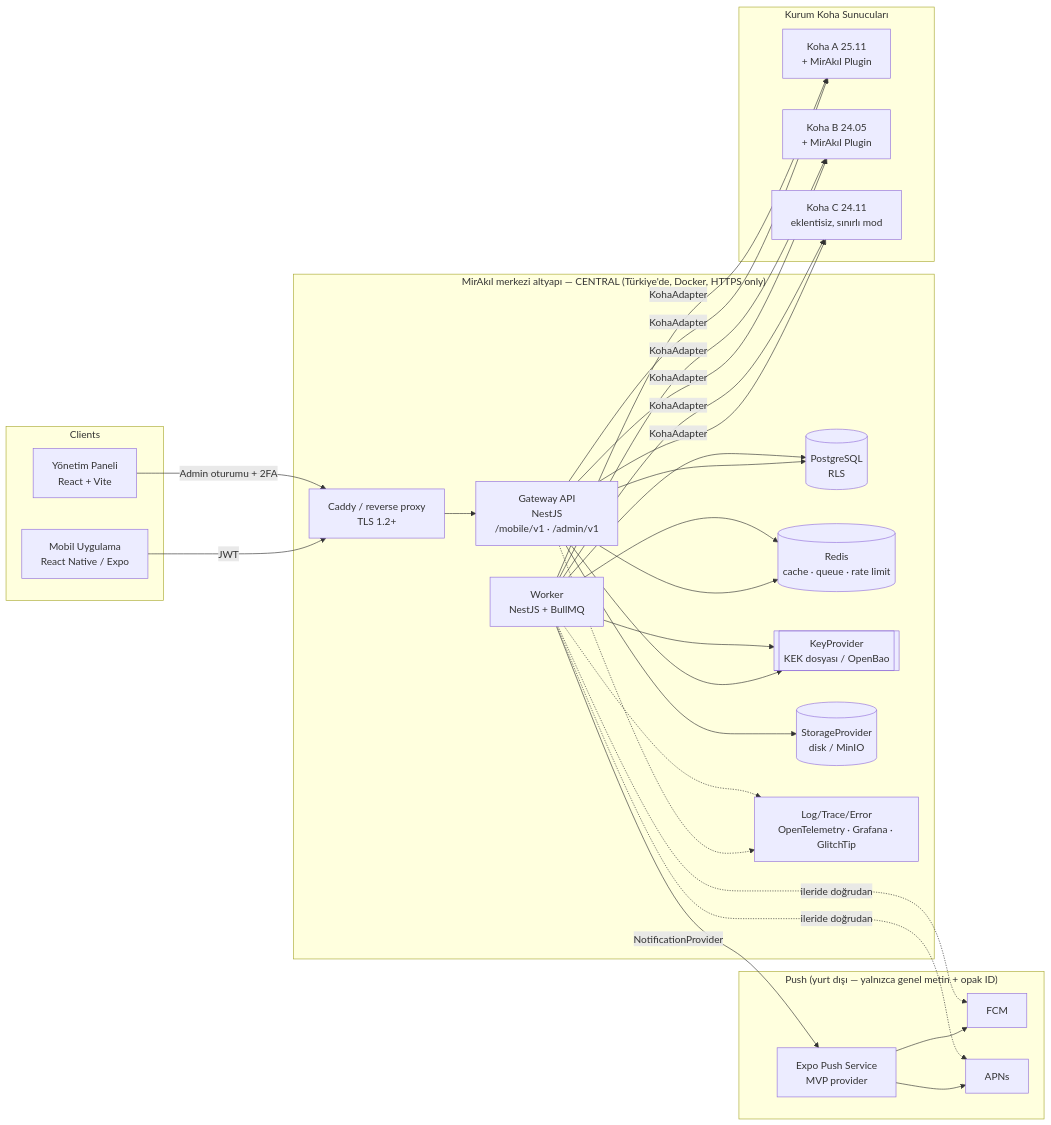
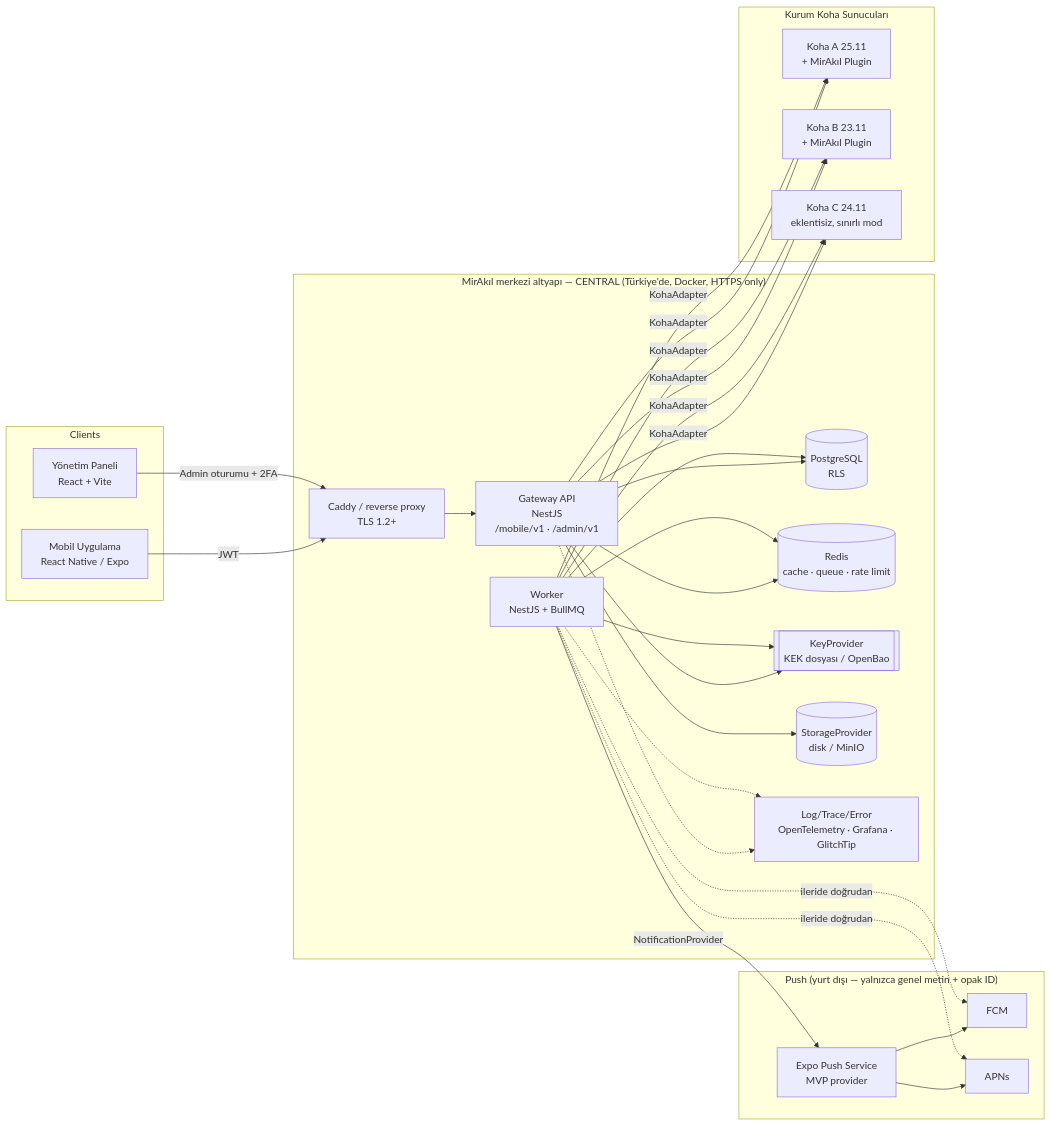
Before and after one commit to mehmetfatruk/kohamobil: the first of 2 diagrams in docs/ARCHITECTURE.md, drawn with Mermaid. The commit also changed other lines of this file and 6 other files, not shown here.

````diff
--- a/docs/ARCHITECTURE.md
+++ b/docs/ARCHITECTURE.md
@@ -97,51 +97,51 @@
 ```mermaid
 flowchart LR
   subgraph Clients
     M[Mobil Uygulama<br/>React Native / Expo]
     A[Yönetim Paneli<br/>React + Vite]
   end
 
   subgraph MirAkil["MirAkıl merkezi altyapı — CENTRAL (Türkiye'de, Docker, HTTPS only)"]
     LB[Caddy / reverse proxy<br/>TLS 1.2+]
     GW[Gateway API<br/>NestJS<br/>/mobile/v1 · /admin/v1]
     WK[Worker<br/>NestJS + BullMQ]
     PG[(PostgreSQL<br/>RLS)]
     RD[(Redis<br/>cache · queue · rate limit)]
     KMS[[KeyProvider<br/>KEK dosyası / OpenBao]]
     OBJ[(StorageProvider<br/>disk / MinIO)]
     OBS[Log/Trace/Error<br/>OpenTelemetry · Grafana · GlitchTip]
   end
 
   subgraph Push["Push (yurt dışı — yalnızca genel metin + opak ID)"]
     EXPO[Expo Push Service<br/>MVP provider]
     FCM[FCM]
     APNS[APNs]
   end
 
   subgraph Tenants["Kurum Koha Sunucuları"]
     K1[Koha A 25.11<br/>+ MirAkıl Plugin]
-    K2[Koha B 24.05<br/>+ MirAkıl Plugin]
+    K2[Koha B 23.11<br/>+ MirAkıl Plugin]
     K3[Koha C 24.11<br/>eklentisiz, sınırlı mod]
   end
 
   M -->|JWT| LB
   A -->|Admin oturumu + 2FA| LB
   LB --> GW
   GW --> PG
   GW --> RD
   GW --> KMS
   GW --> OBJ
   WK --> PG
   WK --> RD
   WK --> KMS
   GW -->|KohaAdapter| K1
   GW -->|KohaAdapter| K2
   GW -->|KohaAdapter| K3
   WK -->|KohaAdapter| K1
   WK -->|KohaAdapter| K2
   WK -->|KohaAdapter| K3
   WK -->|NotificationProvider| EXPO --> FCM & APNS
   WK -.->|ileride doğrudan| FCM & APNS
   GW -.-> OBS
   WK -.-> OBS
 ```
````
